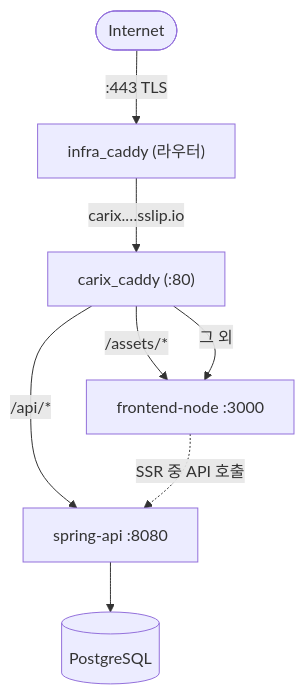
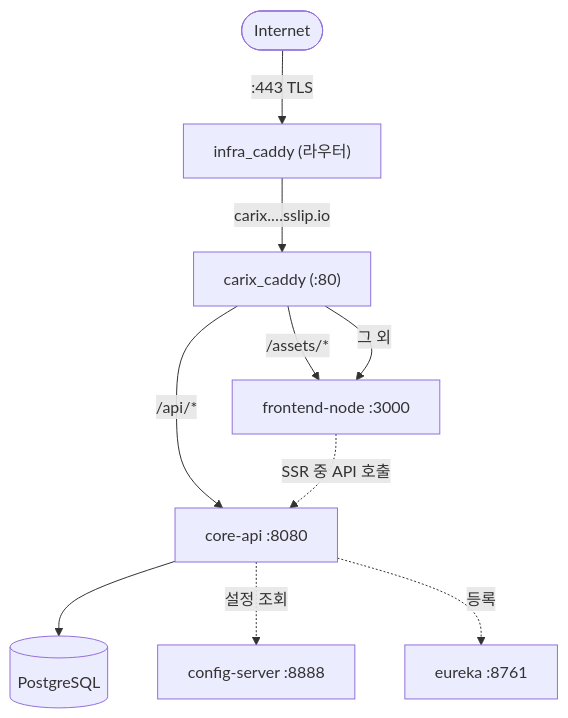
One commit to SeoHyeokGyu/Carix changed the second of 2 diagrams in README.md. Above: the diagram before and after it, drawn with Mermaid. The commit also changed other lines of this file and 8 other files, not shown here.

````diff
--- a/README.md
+++ b/README.md
@@ -316,10 +317,12 @@
 ```mermaid
 flowchart TD
     Internet([Internet]) -->|":443 TLS"| Router["infra_caddy (라우터)"]
     Router -->|"carix.…sslip.io"| CarixCaddy["carix_caddy (:80)"]
-    CarixCaddy -->|"/api/*"| SpringBoot["spring-api :8080"]
+    CarixCaddy -->|"/api/*"| CoreApi["core-api :8080"]
     CarixCaddy -->|"/assets/*"| NodeSSR
     CarixCaddy -->|"그 외"| NodeSSR["frontend-node :3000"]
-    NodeSSR -.->|"SSR 중 API 호출"| SpringBoot
-    SpringBoot --> DB[(PostgreSQL)]
+    NodeSSR -.->|"SSR 중 API 호출"| CoreApi
+    CoreApi --> DB[(PostgreSQL)]
+    CoreApi -.->|"설정 조회"| Config["config-server :8888"]
+    CoreApi -.->|"등록"| Eureka["eureka :8761"]
 ```
````
